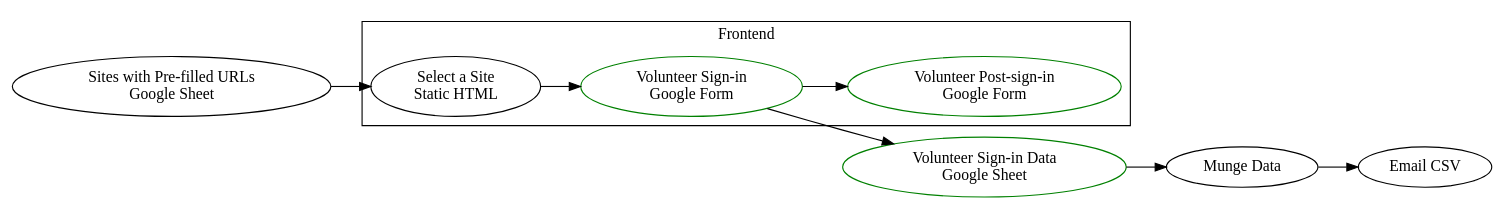
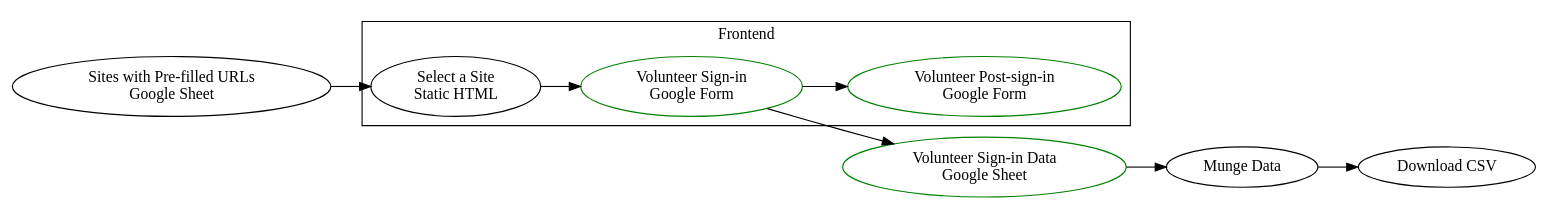
Before and after one commit to rubyforgood/habitatebsv: the diagram in docs/images/rfghabitat.dot, drawn with Graphviz. The commit also changed 1 other file, not shown here.

Commit message:
docs: update overview graphviz chart
Emailing the CSV is no longer part of the workflow.

Relevant to https://github.com/rubyforgood/habitatebsv/issues/27

```diff
--- a/docs/images/rfghabitat.dot
+++ b/docs/images/rfghabitat.dot
@@ -1,20 +1,20 @@
 digraph G {
   rankdir=LR
 
   subgraph cluster1 {
     label="Frontend"
     "Select a Site\nStatic HTML"
     "Volunteer Sign-in\nGoogle Form" [color=green]
     "Volunteer Post-sign-in\nGoogle Form" [color=green]
   }
   "Sites with Pre-filled URLs\nGoogle Sheet"
   "Volunteer Sign-in Data\nGoogle Sheet" [color=green]
 
   "Select a Site\nStatic HTML" ->
   "Volunteer Sign-in\nGoogle Form" ->
   "Volunteer Post-sign-in\nGoogle Form"
 
   "Sites with Pre-filled URLs\nGoogle Sheet" -> "Select a Site\nStatic HTML"
   "Volunteer Sign-in\nGoogle Form" -> "Volunteer Sign-in Data\nGoogle Sheet"
-  "Volunteer Sign-in Data\nGoogle Sheet" -> "Munge Data" -> "Email CSV"
+  "Volunteer Sign-in Data\nGoogle Sheet" -> "Munge Data" -> "Download CSV"
 }
```
